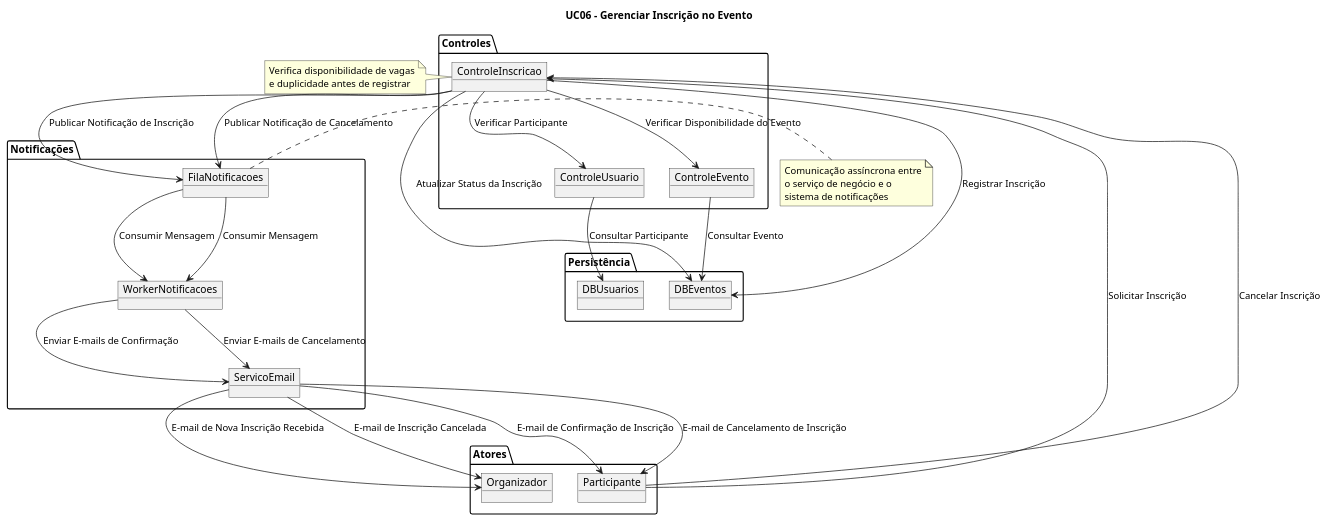
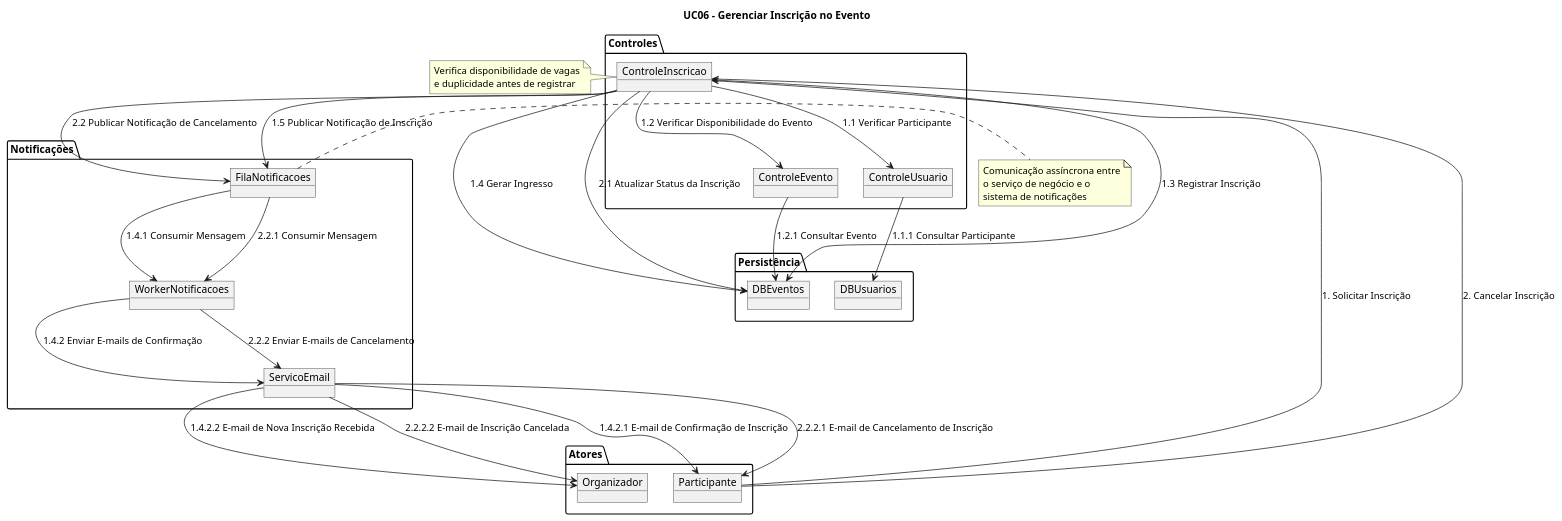
Before and after one commit to arturbomtempo-learning/software-project-final-work: the diagram in codes/communication-diagram/uc06-communication-diagram.puml, drawn with PlantUML. The commit also changed 2 other files, not shown here.

Commit message:
chore: update communication diagrams

```diff
--- a/codes/communication-diagram/uc06-communication-diagram.puml
+++ b/codes/communication-diagram/uc06-communication-diagram.puml
@@ -1,58 +1,59 @@
 @startuml uc06-communication-diagram
 
 title UC06 - Gerenciar Inscrição no Evento
 
 package "Atores" {
     object Participante
     object Organizador
 }
 
 package "Controles" {
     object ControleInscricao
     object ControleEvento
     object ControleUsuario
 }
 
 package "Persistência" {
     object DBEventos
     object DBUsuarios
 }
 
 package "Notificações" {
     object FilaNotificacoes
     object WorkerNotificacoes
     object ServicoEmail
 }
 
-Participante --> ControleInscricao : Solicitar Inscrição
-ControleInscricao --> ControleUsuario : Verificar Participante
-ControleUsuario --> DBUsuarios : Consultar Participante
-ControleInscricao --> ControleEvento : Verificar Disponibilidade do Evento
-ControleEvento --> DBEventos : Consultar Evento
-ControleInscricao --> DBEventos : Registrar Inscrição
-ControleInscricao --> FilaNotificacoes : Publicar Notificação de Inscrição
-FilaNotificacoes --> WorkerNotificacoes : Consumir Mensagem
-WorkerNotificacoes --> ServicoEmail : Enviar E-mails de Confirmação
-ServicoEmail --> Participante : E-mail de Confirmação de Inscrição
-ServicoEmail --> Organizador : E-mail de Nova Inscrição Recebida
+Participante --> ControleInscricao : 1. Solicitar Inscrição
+ControleInscricao --> ControleUsuario : 1.1 Verificar Participante
+ControleUsuario --> DBUsuarios : 1.1.1 Consultar Participante
+ControleInscricao --> ControleEvento : 1.2 Verificar Disponibilidade do Evento
+ControleEvento --> DBEventos : 1.2.1 Consultar Evento
+ControleInscricao --> DBEventos : 1.3 Registrar Inscrição
+ControleInscricao --> DBEventos : 1.4 Gerar Ingresso
+ControleInscricao --> FilaNotificacoes : 1.5 Publicar Notificação de Inscrição
+FilaNotificacoes --> WorkerNotificacoes : 1.4.1 Consumir Mensagem
+WorkerNotificacoes --> ServicoEmail : 1.4.2 Enviar E-mails de Confirmação
+ServicoEmail --> Participante : 1.4.2.1 E-mail de Confirmação de Inscrição
+ServicoEmail --> Organizador : 1.4.2.2 E-mail de Nova Inscrição Recebida
 
-Participante --> ControleInscricao : Cancelar Inscrição
-ControleInscricao --> DBEventos : Atualizar Status da Inscrição
-ControleInscricao --> FilaNotificacoes : Publicar Notificação de Cancelamento
-FilaNotificacoes --> WorkerNotificacoes : Consumir Mensagem
-WorkerNotificacoes --> ServicoEmail : Enviar E-mails de Cancelamento
-ServicoEmail --> Participante : E-mail de Cancelamento de Inscrição
-ServicoEmail --> Organizador : E-mail de Inscrição Cancelada
+Participante --> ControleInscricao : 2. Cancelar Inscrição
+ControleInscricao --> DBEventos : 2.1 Atualizar Status da Inscrição
+ControleInscricao --> FilaNotificacoes : 2.2 Publicar Notificação de Cancelamento
+FilaNotificacoes --> WorkerNotificacoes : 2.2.1 Consumir Mensagem
+WorkerNotificacoes --> ServicoEmail : 2.2.2 Enviar E-mails de Cancelamento
+ServicoEmail --> Participante : 2.2.2.1 E-mail de Cancelamento de Inscrição
+ServicoEmail --> Organizador : 2.2.2.2 E-mail de Inscrição Cancelada
 
 note left of ControleInscricao
   Verifica disponibilidade de vagas
   e duplicidade antes de registrar
 end note
 
 note right of FilaNotificacoes
   Comunicação assíncrona entre
   o serviço de negócio e o
   sistema de notificações
 end note
 
 @enduml
```
